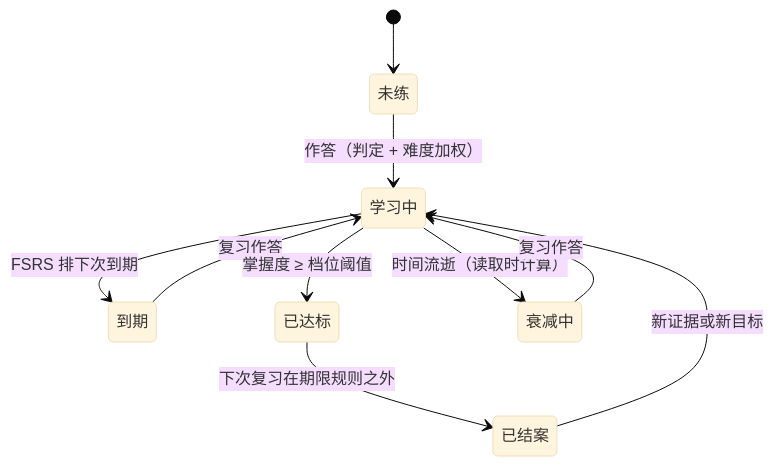
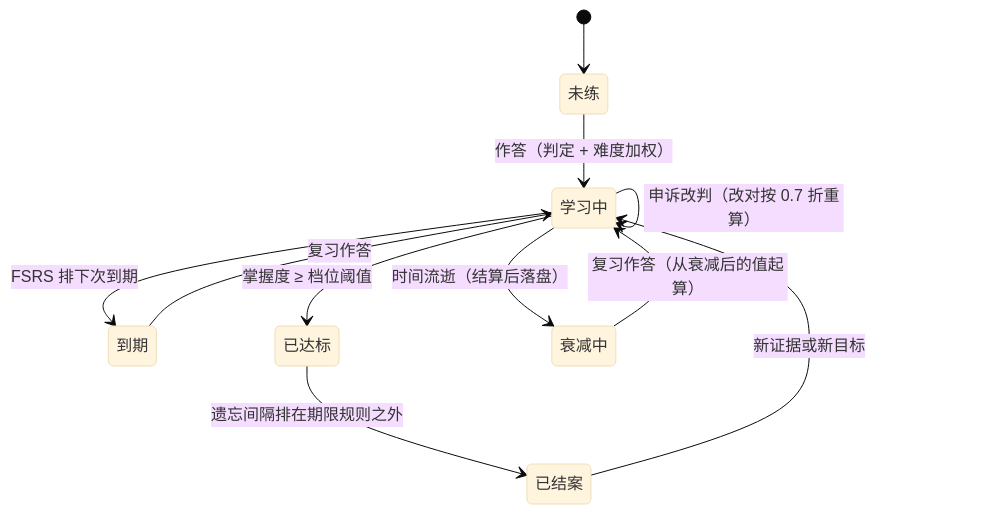
One commit to Bejohnself/dsh-study-less changed the second of 2 diagrams in README.md. Above: the diagram before and after it, drawn with Mermaid (base theme). The commit also changed other lines of this file and 268 other files, not shown here.

````diff
--- a/README.md
+++ b/README.md
@@ -39,12 +39,13 @@
 ```mermaid
 stateDiagram-v2
   [*] --> 未练
   未练 --> 学习中: 作答（判定 + 难度加权）
   学习中 --> 到期: FSRS 排下次到期
   到期 --> 学习中: 复习作答
   学习中 --> 已达标: 掌握度 ≥ 档位阈值
-  已达标 --> 已结案: 下次复习在期限规则之外
+  已达标 --> 已结案: 遗忘间隔排在期限规则之外
   已结案 --> 学习中: 新证据或新目标
-  学习中 --> 衰减中: 时间流逝（读取时计算）
-  衰减中 --> 学习中: 复习作答
+  学习中 --> 学习中: 申诉改判（改对按 0.7 折重算）
+  学习中 --> 衰减中: 时间流逝（结算后落盘）
+  衰减中 --> 学习中: 复习作答（从衰减后的值起算）
 ```
````
